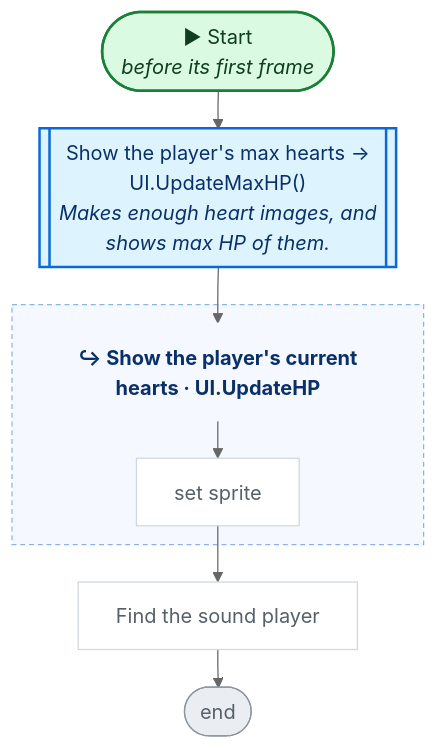
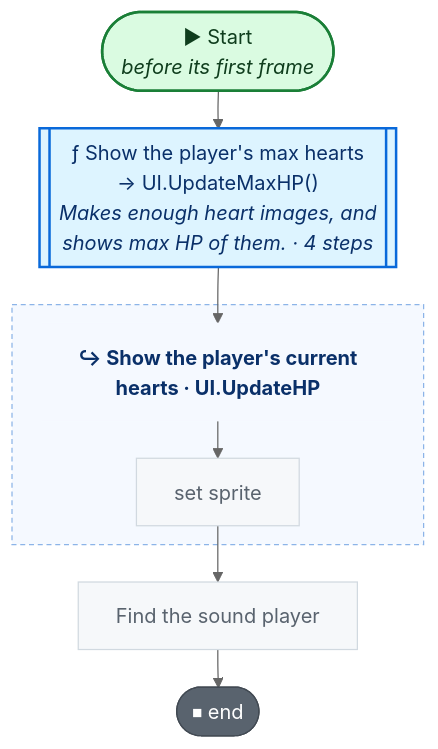
The third of 7 diagrams in CodeGraph~/graph/GameManager.cs.md (nataiai/Lord-of-the-Dungeon), drawn with Mermaid (neutral theme) before and after one commit. The commit also changed other lines of this file and 57 other files, not shown here.

````diff
--- a/CodeGraph~/graph/GameManager.cs.md
+++ b/CodeGraph~/graph/GameManager.cs.md
@@ -144,45 +146,45 @@
 ```mermaid
 ---
 config:
   flowchart:
     wrappingWidth: 260
     nodeSpacing: 26
     rankSpacing: 30
 ---
 flowchart TD
   nS(["▶ Start<br><i>before its first frame</i>"])
-  nfb15c5[["Show the player's max hearts →<br>UI.UpdateMaxHP()<br><i>Makes enough heart images, and</i><br><i>shows max HP of them.</i>"]]
+  nfb15c5[["ƒ Show the player's max hearts<br>→ UI.UpdateMaxHP()<br><i>Makes enough heart images, and</i><br><i>shows max HP of them. · 4 steps</i>"]]
   nfdebc6_h["↪ Show the player's current<br>hearts · UI.UpdateHP"]
   nfdebc6_nafbf9f["set sprite"]
   n6ae454["Find the sound player"]
-  nE(["end"])
+  nE(["⏹ end"])
   subgraph nfdebc6_g[" "]
     nfdebc6_h
     nfdebc6_nafbf9f
   end
   style nfdebc6_g fill:#f5f9ff,stroke:#8cb4e8,stroke-dasharray:4 3,color:#0a3069
   nS --> nfb15c5
   nfb15c5 --> nfdebc6_h
   n6ae454 --> nE
   nfdebc6_h --> nfdebc6_nafbf9f
   nfdebc6_nafbf9f --> n6ae454
   classDef unity fill:#dafbe1,stroke:#1a7f37,stroke-width:2px,color:#0f3d1d
   classDef start fill:#dafbe1,stroke:#1a7f37,stroke-width:2px,color:#0f3d1d
-  classDef calc fill:#ffffff,stroke:#d0d7de,color:#57606a
+  classDef calc fill:#f6f8fa,stroke:#d1d9e0,color:#59636e
   classDef calls fill:#ddf4ff,stroke:#0969da,stroke-width:2px,color:#0a3069
-  classDef ext fill:#ddf4ff,stroke:#0969da,stroke-width:2px,stroke-dasharray:5 3,color:#0a3069
-  classDef cond fill:#fff8c5,stroke:#bf8700,stroke-width:1.5px,color:#3d2a00
-  classDef loop fill:#f6f8fa,stroke:#57606a,color:#1f2328
-  classDef exit fill:#ffebe9,stroke:#cf222e,color:#82071e
+  classDef ext fill:#f6f8fa,stroke:#59636e,stroke-width:1.5px,stroke-dasharray:5 5,color:#1f2328
+  classDef cond fill:#fff8c5,stroke:#9a6700,stroke-width:1.5px,color:#3d2a00
+  classDef loop fill:#fff8c5,stroke:#9a6700,color:#3d2a00
+  classDef wait fill:#fff8c5,stroke:#9a6700,color:#3d2a00
+  classDef exit fill:#59636e,stroke:#424a53,color:#ffffff
+  classDef fin fill:#59636e,stroke:#424a53,color:#ffffff
+  classDef act fill:#ffffff,stroke:#59636e,stroke-width:1.5px,color:#1f2328
   classDef kill fill:#ffebe9,stroke:#cf222e,stroke-width:2px,color:#82071e
-  classDef spawn fill:#dafbe1,stroke:#1a7f37,stroke-width:2px,color:#0f3d1d
-  classDef wait fill:#fff1e5,stroke:#bc4c00,color:#4d1d00
-  classDef fin fill:#eaeef2,stroke:#8c959f,color:#57606a
   classDef join fill:#d0d7de,stroke:#8c959f,color:#57606a
   classDef ghdr fill:#f5f9ff,stroke:#f5f9ff,color:#0a3069,font-weight:bold
   class nfdebc6_nafbf9f,n6ae454 calc
   class nfb15c5 calls
   class nE fin
   class nfdebc6_h ghdr
   class nS unity
 ```
````
